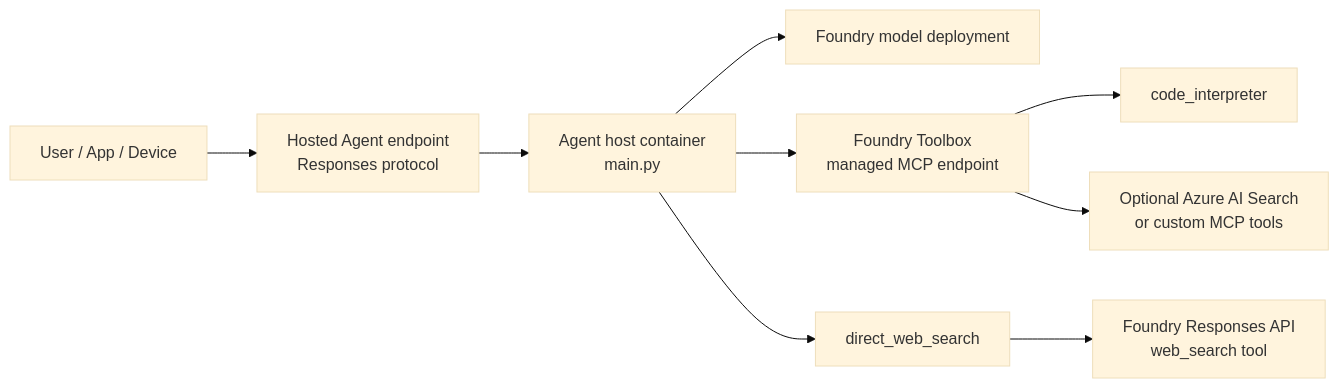
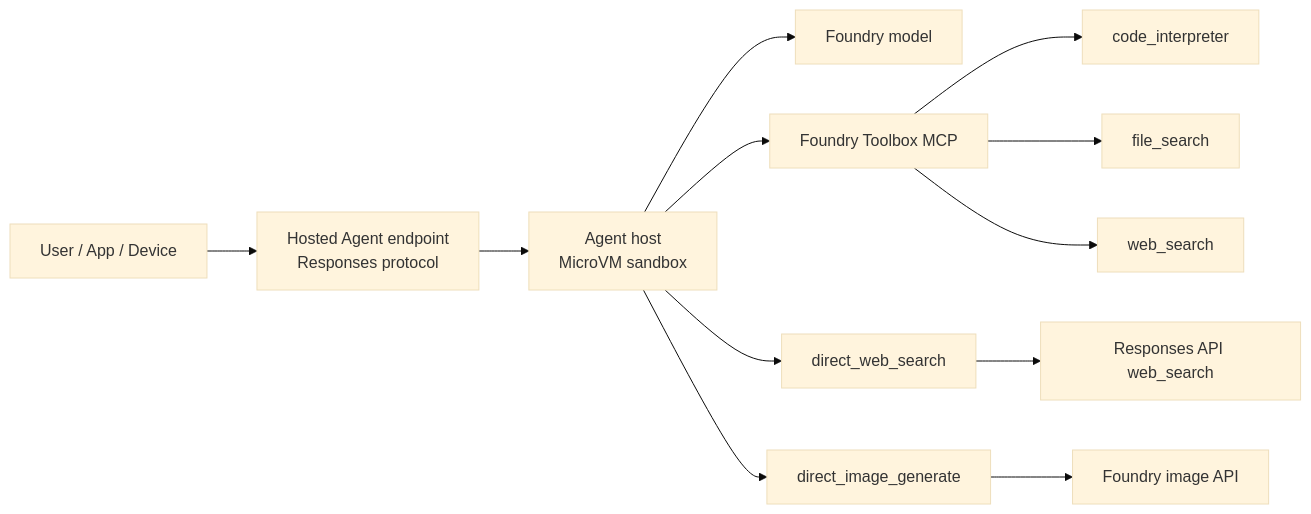
The fourth of 4 diagrams in Agents/Foundry-Hosted-Agent-Toolbox-Demo/README-CN.md (david-xinyuwei/david-share), drawn with Mermaid (base theme) before and after one commit. The commit also changed other lines of this file and 2 other files, not shown here.

Commit message:
Fix all stale diagrams: 3 Toolbox tools + MicroVM + direct tools everywhere; add FILE_SEARCH to .env.example

````diff
--- a/Agents/Foundry-Hosted-Agent-Toolbox-Demo/README-CN.md
+++ b/Agents/Foundry-Hosted-Agent-Toolbox-Demo/README-CN.md
@@ -312,11 +313,14 @@
 ```mermaid
 flowchart LR
-    User["User / App / Device"] --> Responses["Hosted Agent endpoint<br/>Responses protocol"]
-    Responses --> Host["Agent host container<br/>main.py"]
-    Host --> Model["Foundry model deployment"]
-    Host --> Toolbox["Foundry Toolbox<br/>managed MCP endpoint"]
-    Toolbox --> CodeInterpreter["code_interpreter"]
-    Toolbox --> OptionalTools["Optional Azure AI Search<br/>or custom MCP tools"]
-    Host --> DirectWebSearch["direct_web_search"]
-    DirectWebSearch --> ResponsesAPI["Foundry Responses API<br/>web_search tool"]
+    User["User / App / Device"] --> Endpoint["Hosted Agent endpoint<br/>Responses protocol"]
+    Endpoint --> Host["Agent host<br/>MicroVM sandbox"]
+    Host --> Model["Foundry model"]
+    Host --> Toolbox["Foundry Toolbox MCP"]
+    Toolbox --> CI2["code_interpreter"]
+    Toolbox --> FS2["file_search"]
+    Toolbox --> WS2["web_search"]
+    Host --> DWS2["direct_web_search"]
+    DWS2 --> RAPI["Responses API web_search"]
+    Host --> DIG2["direct_image_generate"]
+    DIG2 --> IAPI["Foundry image API"]
 ```
````
